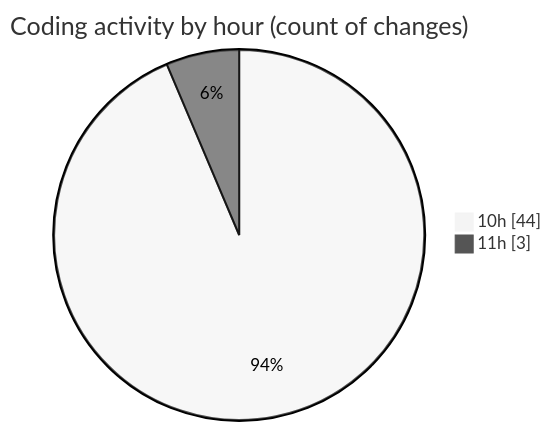
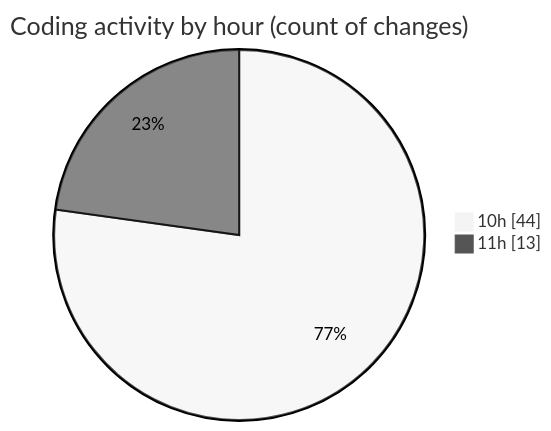
One commit to momahboobian/code-tracking changed the second of 2 diagrams in 2025-08-28/cda/README.md. Above: the diagram before and after it, drawn with Mermaid (neutral theme). The commit also changed other lines of this file and 1 other file, not shown here.

````diff
--- a/2025-08-28/cda/README.md
+++ b/2025-08-28/cda/README.md
@@ -30,6 +30,6 @@
 ```mermaid
 pie showData
 title Coding activity by hour (count of changes)
 "10h" : 44
-"11h" : 3
+"11h" : 13
 ```
````
